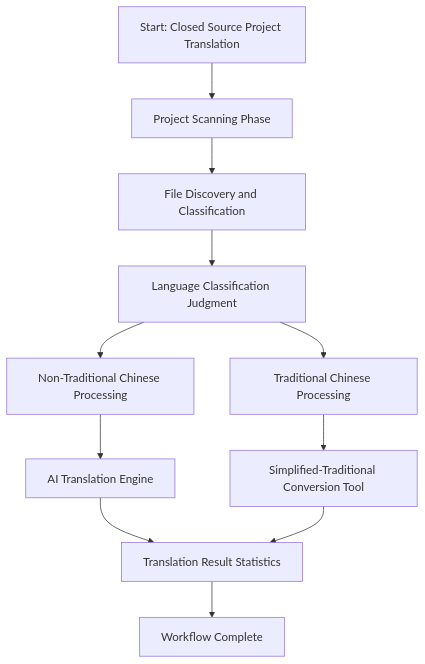
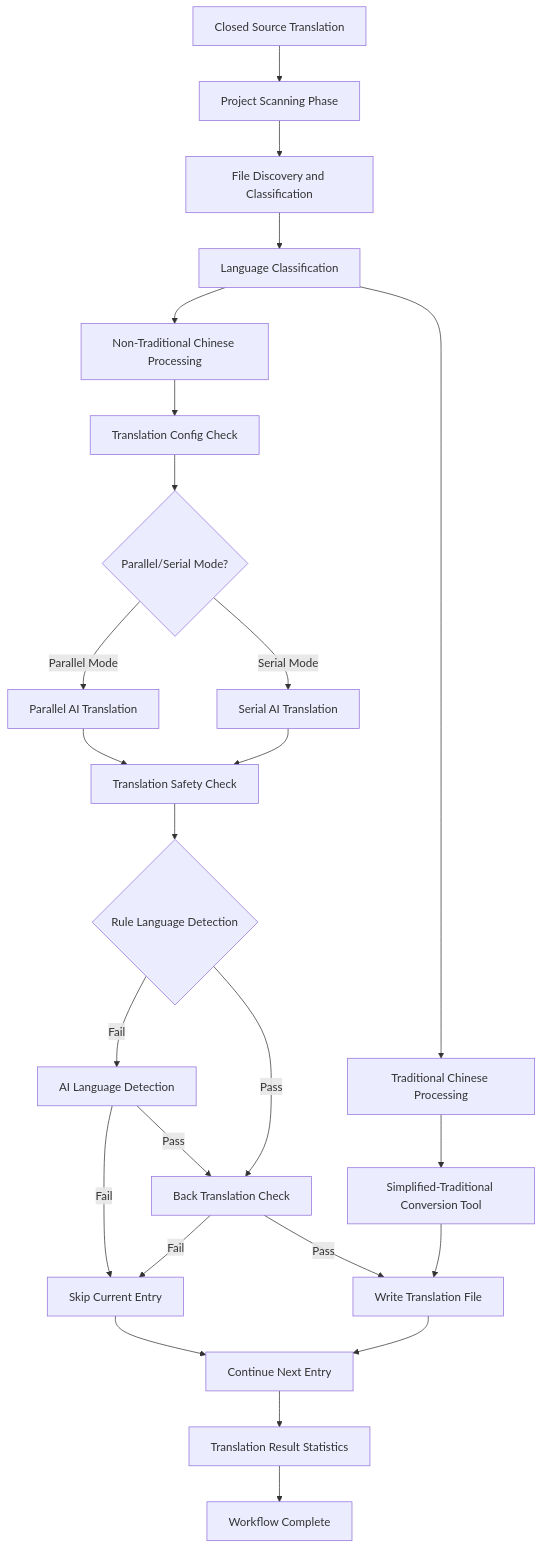
One commit to linuxdeepin/deepin-auto-translation changed the diagram in README.md. Above: the diagram before and after it, drawn with Mermaid. The commit also changed other lines of this file and 26 other files, not shown here.

````diff
--- a/README.md
+++ b/README.md
@@ -470,13 +407,36 @@
 ```mermaid
 graph TD
-    A[Start: Closed Source Project Translation] --> B[Project Scanning Phase]
+    A[Closed Source Translation] --> B[Project Scanning Phase]
     B --> C[File Discovery and Classification]
-    C --> D[Language Classification Judgment]
+    C --> D[Language Classification]
     D --> E[Non-Traditional Chinese Processing]
     D --> F[Traditional Chinese Processing]
-    E --> G[AI Translation Engine]
-    F --> H[Simplified-Traditional Conversion Tool]
-    G --> I[Translation Result Statistics]
-    H --> I
-    I --> J[Workflow Complete]
+    
+    E --> G[Translation Config Check]
+    G --> H{Parallel/Serial Mode?}
+    
+    H -->|Parallel Mode| I[Parallel AI Translation]
+    H -->|Serial Mode| J[Serial AI Translation]
+    
+    I --> K[Translation Safety Check]
+    J --> K
+    
+    K --> M{Rule Language Detection}
+    M -->|Fail| O[AI Language Detection]
+    M -->|Pass| N[Back Translation Check]
+    
+    O -->|Fail| P[Skip Current Entry]
+    O -->|Pass| N
+    
+    N -->|Fail| P
+    N -->|Pass| Q[Write Translation File]
+    
+    F --> L[Simplified-Traditional Conversion Tool]
+    L --> Q
+    
+    P --> R[Continue Next Entry]
+    Q --> R
+    
+    R --> S[Translation Result Statistics]
+    S --> T[Workflow Complete]
 ```
````
